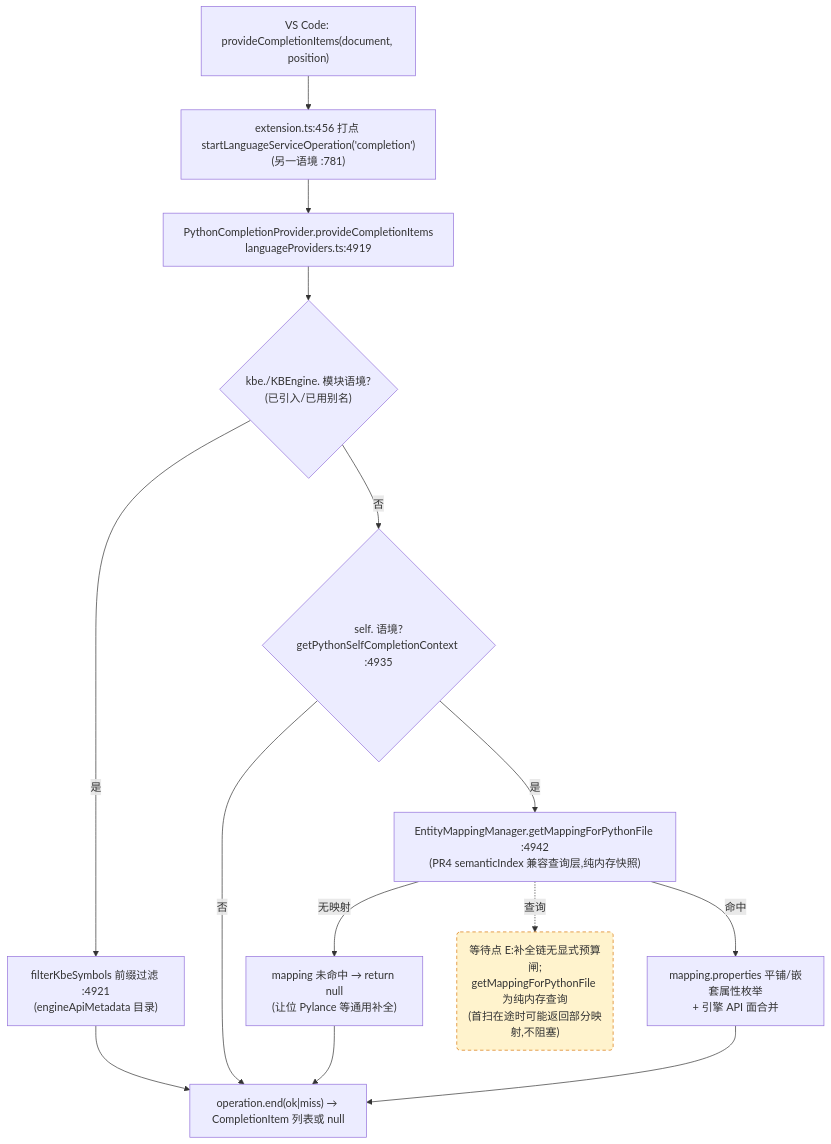
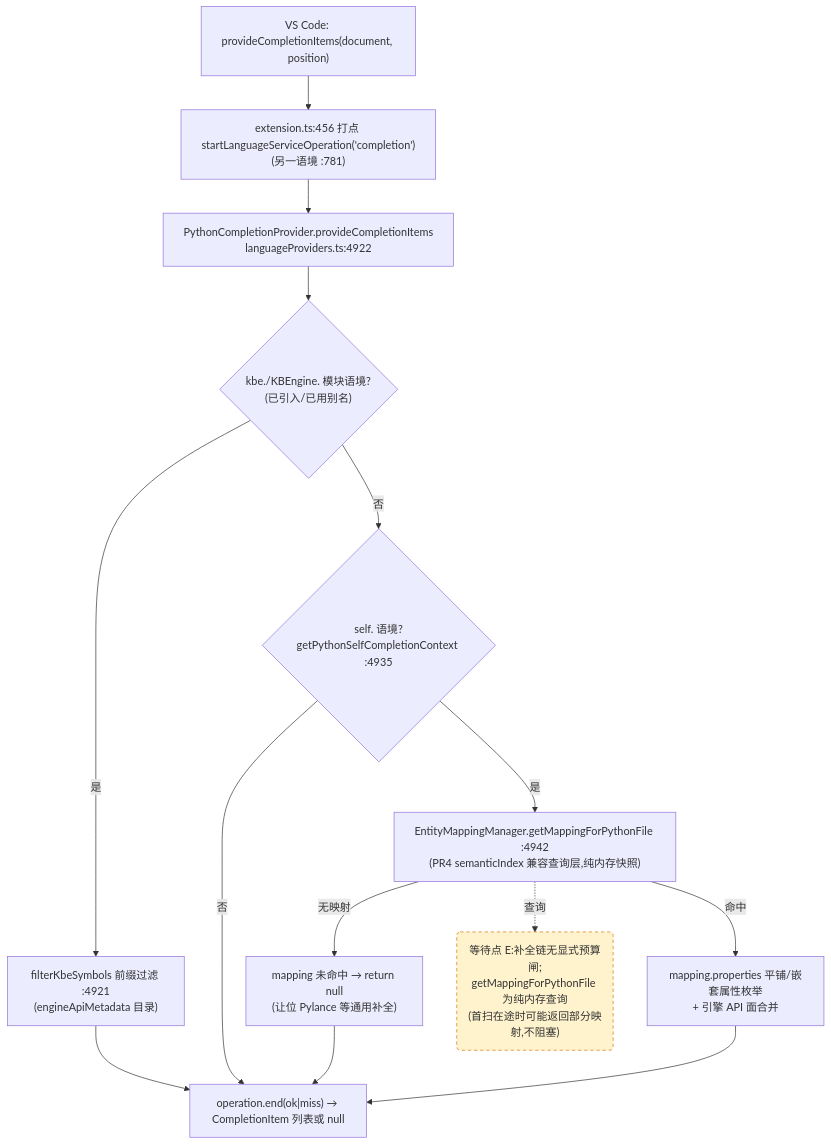
Before and after one commit to cuihairu/kode: the third of 4 diagrams in docs/perf/2026-baseline.md, drawn with Mermaid. The commit also changed other lines of this file and 5 other files, not shown here.

````diff
--- a/docs/perf/2026-baseline.md
+++ b/docs/perf/2026-baseline.md
@@ -184,27 +184,27 @@
 ```mermaid
 flowchart TD
   VC3["VS Code: provideCompletionItems(document, position)"]
   M3["extension.ts:456 打点 startLanguageServiceOperation('completion')<br/>(另一语境 :781)"]
-  CP["PythonCompletionProvider.provideCompletionItems<br/>languageProviders.ts:4919"]
+  CP["PythonCompletionProvider.provideCompletionItems<br/>languageProviders.ts:4922"]
   KBEC{"kbe./KBEngine. 模块语境?<br/>(已引入/已用别名)"}
   FILTER["filterKbeSymbols 前缀过滤 :4921<br/>(engineApiMetadata 目录)"]
   SELFC{"self. 语境?<br/>getPythonSelfCompletionContext :4935"}
   MAP["EntityMappingManager.getMappingForPythonFile :4942<br/>(PR4 semanticIndex 兼容查询层,纯内存快照)"]
   NOMAP["mapping 未命中 → return null<br/>(让位 Pylance 等通用补全)"]
   PROPS["mapping.properties 平铺/嵌套属性枚举<br/>+ 引擎 API 面合并"]
   END3["operation.end(ok|miss) → CompletionItem 列表或 null"]
 
   VC3 --> M3 --> CP --> KBEC
   KBEC -- "是" --> FILTER --> END3
   KBEC -- "否" --> SELFC
   SELFC -- "否" --> END3
   SELFC -- "是" --> MAP
   MAP -- "无映射" --> NOMAP --> END3
   MAP -- "命中" --> PROPS --> END3
 
   WAITE("等待点 E:补全链无显式预算闸;<br/>getMappingForPythonFile 为纯内存查询<br/>(首扫在途时可能返回部分映射,不阻塞)")
   MAP -.->|查询| WAITE
 
   classDef waitPoint fill:#fff3cd,stroke:#d97706,stroke-dasharray:5 4;
   class WAITE waitPoint;
 ```
````
